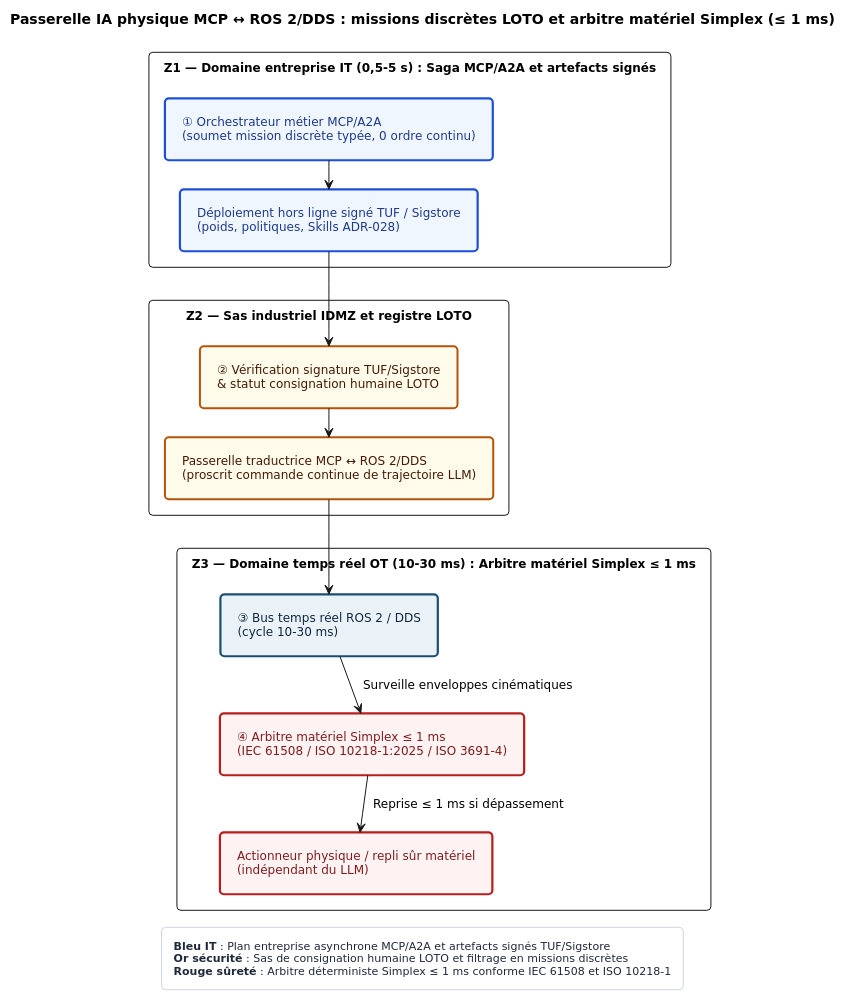
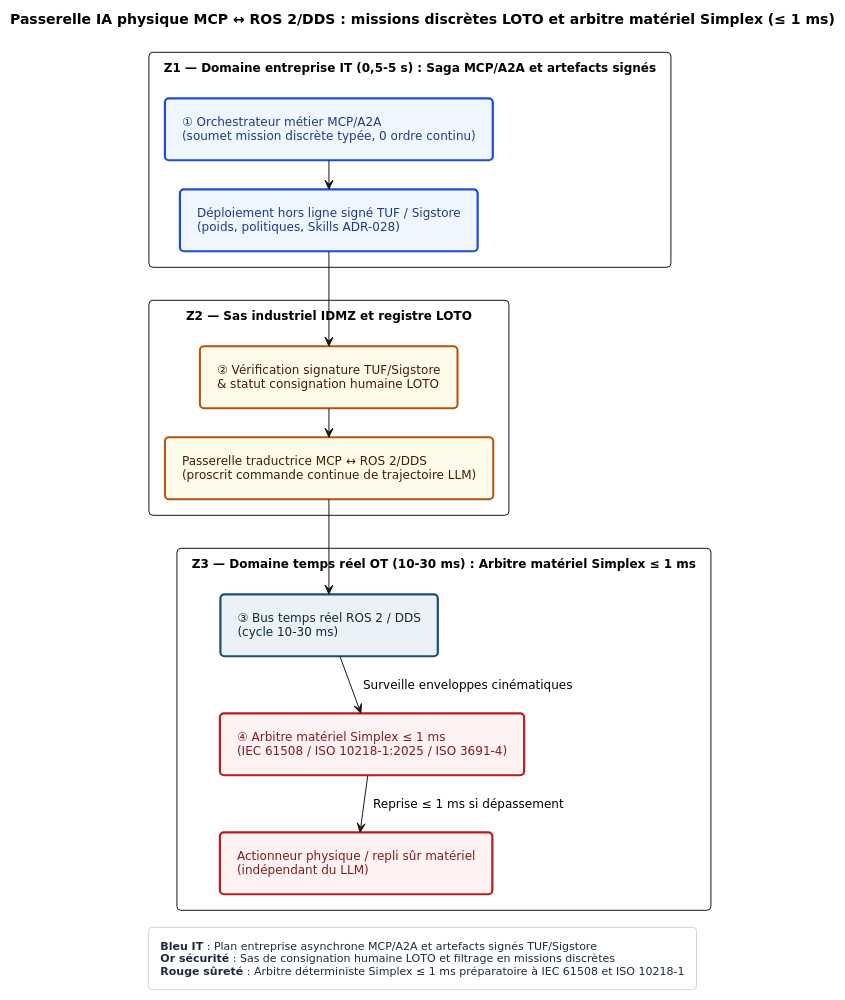
Before and after one commit to agbruneau/Agentique: the diagram in Compendium/ouvrage/schemas/SCH-14-03.puml, drawn with PlantUML. The commit also changed 234 other files, not shown here.

```diff
--- a/Compendium/ouvrage/schemas/SCH-14-03.puml
+++ b/Compendium/ouvrage/schemas/SCH-14-03.puml
@@ -1,57 +1,57 @@
 @startuml
 <style>
 document { BackgroundColor #FFFFFF; }
 .det { BackgroundColor #EBF2F7; LineColor #1B4F72; LineThickness 2.2; FontColor #0F2942; }
 .blue { BackgroundColor #EFF6FF; LineColor #1D4ED8; LineThickness 2.2; FontColor #1E3A8A; }
 .prob { BackgroundColor #FFF5E0; LineColor #D97706; LineThickness 2.0; LineStyle 5; FontColor #451A03; }
 .amber { BackgroundColor #FFFBEB; LineColor #B45309; LineThickness 2.0; FontColor #451A03; }
 .green { BackgroundColor #ECFDF5; LineColor #047857; LineThickness 2.2; FontColor #064E3B; }
 .teal { BackgroundColor #F0FDFA; LineColor #0F766E; LineThickness 2.2; FontColor #134E4A; }
 .red { BackgroundColor #FEF2F2; LineColor #B91C1C; LineThickness 2.2; FontColor #7F1D1D; }
 .purple { BackgroundColor #F5F3FF; LineColor #6D28D9; LineThickness 2.2; FontColor #4C1D95; }
 .indigo { BackgroundColor #EEF2FF; LineColor #4338CA; LineThickness 2.2; FontColor #312E81; }
 .gray { BackgroundColor #F1F5F9; LineColor #475569; LineThickness 1.8; FontColor #1E293B; }
 package { BackgroundColor #F8FAFC; LineColor #64748B; LineThickness 1.2; FontColor #334155; }
 legend { BackgroundColor #FFFFFF; LineColor #CBD5E1; FontColor #1E293B; FontSize 11; }
 </style>
 hide stereotype
 skinparam defaultFontName "DejaVu Sans"
 skinparam defaultFontSize 12
 skinparam shadowing false
 skinparam roundcorner 8
 skinparam packageStyle rectangle
 skinparam nodesep 22
 skinparam ranksep 28
 skinparam padding 7
 
 top to bottom direction
 title Passerelle IA physique MCP ↔ ROS 2/DDS : missions discrètes LOTO et arbitre matériel Simplex (≤ 1 ms)
 
 package "Z1 — Domaine entreprise IT (0,5–5 s) : Saga MCP/A2A et artefacts signés" {
   rectangle "① Orchestrateur métier MCP/A2A\n(soumet mission discrète typée, 0 ordre continu)" as N1 <<blue>>
   rectangle "Déploiement hors ligne signé TUF / Sigstore\n(poids, politiques, Skills ADR-028)" as N2 <<blue>>
   N1 --> N2
 }
 
 package "Z2 — Sas industriel IDMZ et registre LOTO" {
   rectangle "② Vérification signature TUF/Sigstore\n& statut consignation humaine LOTO" as N3 <<amber>>
   rectangle "Passerelle traductrice MCP ↔ ROS 2/DDS\n(proscrit commande continue de trajectoire LLM)" as N4 <<amber>>
   N2 --> N3
   N3 --> N4
 }
 
 package "Z3 — Domaine temps réel OT (10–30 ms) : Arbitre matériel Simplex ≤ 1 ms" {
   rectangle "③ Bus temps réel ROS 2 / DDS\n(cycle 10–30 ms)" as N5 <<det>>
   rectangle "④ Arbitre matériel Simplex ≤ 1 ms\n(IEC 61508 / ISO 10218-1:2025 / ISO 3691-4)" as N6 <<red>>
   rectangle "Actionneur physique / repli sûr matériel\n(indépendant du LLM)" as N7 <<red>>
   N4 --> N5
   N5 --> N6 : Surveille enveloppes cinématiques
   N6 --> N7 : Reprise ≤ 1 ms si dépassement
 }
 
 legend bottom
   **Bleu IT** : Plan entreprise asynchrone MCP/A2A et artefacts signés TUF/Sigstore
   **Or sécurité** : Sas de consignation humaine LOTO et filtrage en missions discrètes
-  **Rouge sûreté** : Arbitre déterministe Simplex ≤ 1 ms conforme IEC 61508 et ISO 10218-1
+  **Rouge sûreté** : Arbitre déterministe Simplex ≤ 1 ms préparatoire à IEC 61508 et ISO 10218-1
 end legend
 @enduml
```
